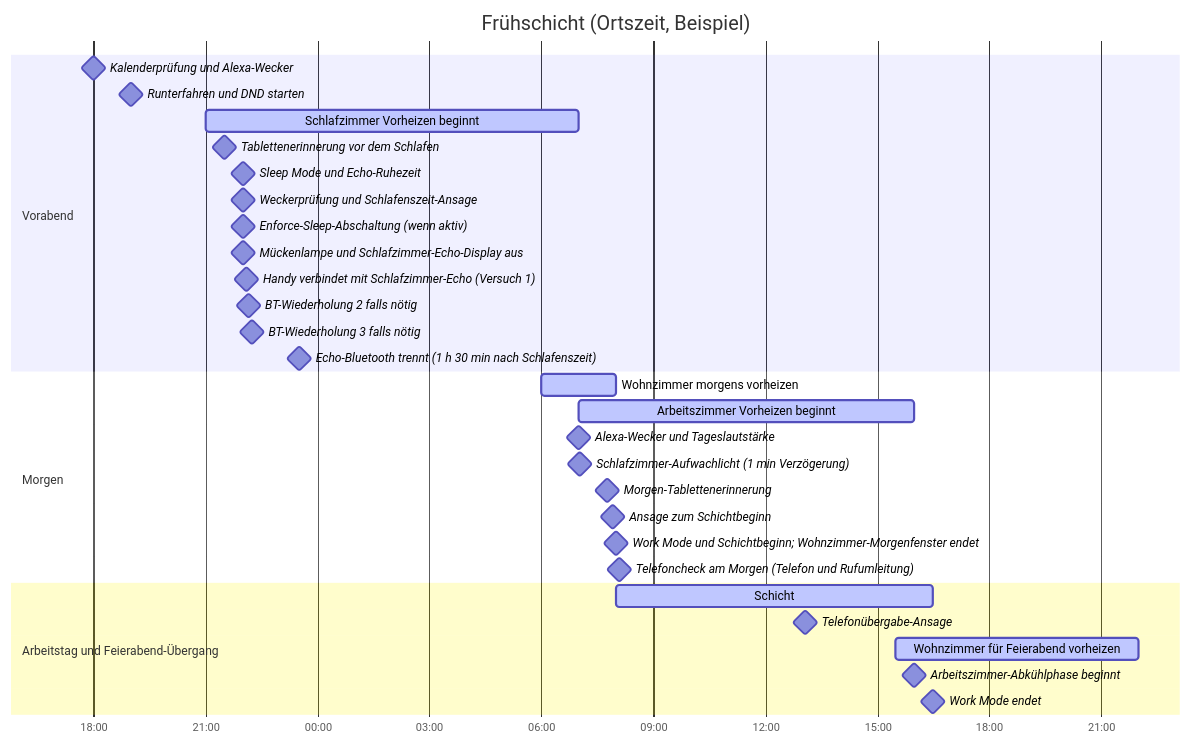
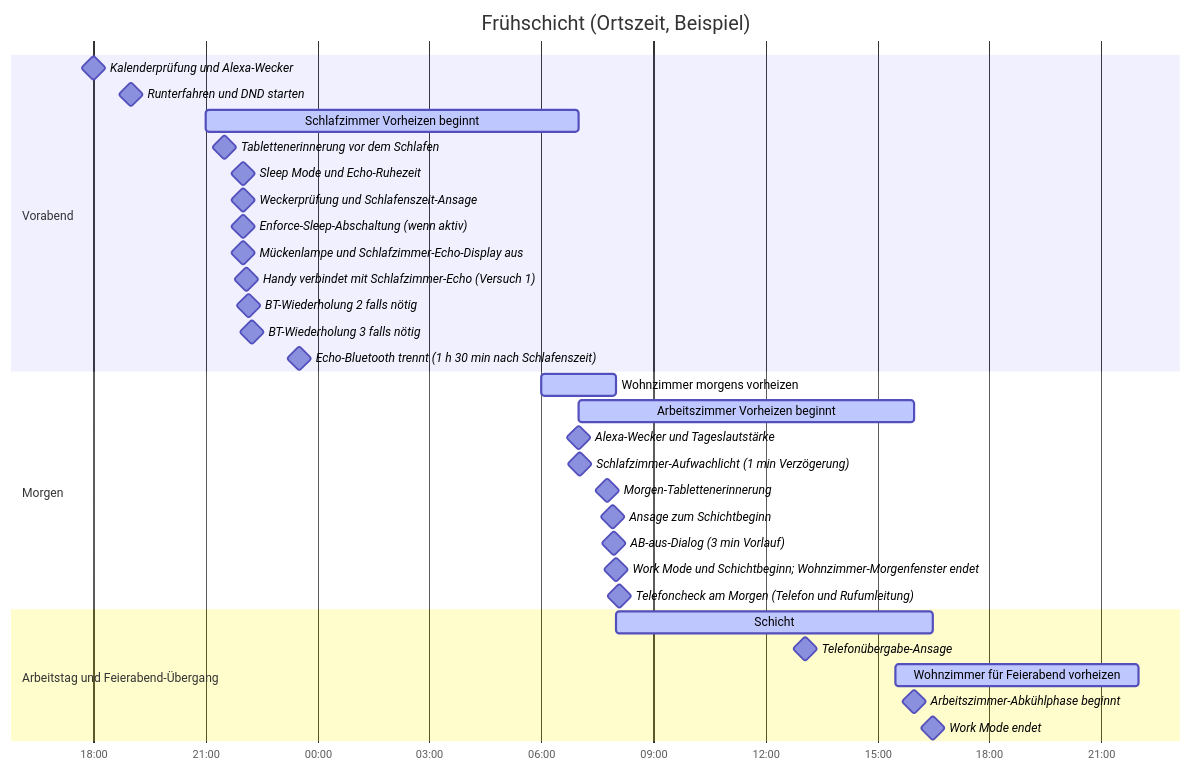
One commit to theniwo/homeassistant changed the third of 3 diagrams in README.de.md. Above: the diagram before and after it, drawn with Mermaid. The commit also changed other lines of this file and 7 other files, not shown here.

````diff
--- a/README.de.md
+++ b/README.de.md
@@ -196,34 +197,35 @@
 ```mermaid
 gantt
     title Frühschicht (Ortszeit, Beispiel)
     dateFormat YYYY-MM-DD HH:mm
     axisFormat %H:%M
     section Vorabend
     Kalenderprüfung und Alexa-Wecker :milestone, 2026-10-27 18:00, 0m
     Runterfahren und DND starten :milestone, 2026-10-27 19:00, 0m
     Schlafzimmer Vorheizen beginnt :active, 2026-10-27 21:00, 600m
     Tablettenerinnerung vor dem Schlafen :milestone, 2026-10-27 21:30, 0m
     Sleep Mode und Echo-Ruhezeit :milestone, 2026-10-27 22:00, 0m
     Weckerprüfung und Schlafenszeit-Ansage :milestone, 2026-10-27 22:00, 0m
     Enforce-Sleep-Abschaltung (wenn aktiv) :milestone, 2026-10-27 22:00, 0m
     Mückenlampe und Schlafzimmer-Echo-Display aus :milestone, 2026-10-27 22:00, 0m
     Handy verbindet mit Schlafzimmer-Echo (Versuch 1) :milestone, 2026-10-27 22:05, 0m
     BT-Wiederholung 2 falls nötig :milestone, 2026-10-27 22:10, 0m
     BT-Wiederholung 3 falls nötig :milestone, 2026-10-27 22:15, 0m
     Echo-Bluetooth trennt (1 h 30 min nach Schlafenszeit) :milestone, 2026-10-27 23:30, 0m
     section Morgen
     Wohnzimmer morgens vorheizen :active, 2026-10-28 06:00, 120m
     Arbeitszimmer Vorheizen beginnt :active, 2026-10-28 07:00, 540m
     Alexa-Wecker und Tageslautstärke :milestone, 2026-10-28 07:00, 0m
     Schlafzimmer-Aufwachlicht (1 min Verzögerung) :milestone, 2026-10-28 07:01, 0m
     Morgen-Tablettenerinnerung :milestone, 2026-10-28 07:45, 0m
     Ansage zum Schichtbeginn :milestone, 2026-10-28 07:55, 0m
+    AB-aus-Dialog (3 min Vorlauf) :milestone, 2026-10-28 07:57, 0m
     Work Mode und Schichtbeginn; Wohnzimmer-Morgenfenster endet :milestone, 2026-10-28 08:00, 0m
     Telefoncheck am Morgen (Telefon und Rufumleitung) :milestone, 2026-10-28 08:05, 0m
     section Arbeitstag und Feierabend-Übergang
     Schicht :active, 2026-10-28 08:00, 510m
     Telefonübergabe-Ansage :milestone, 2026-10-28 13:05, 0m
     Wohnzimmer für Feierabend vorheizen :active, 2026-10-28 15:30, 390m
     Arbeitszimmer-Abkühlphase beginnt :milestone, 2026-10-28 16:00, 0m
     Work Mode endet :milestone, 2026-10-28 16:30, 0m
 ```
````
